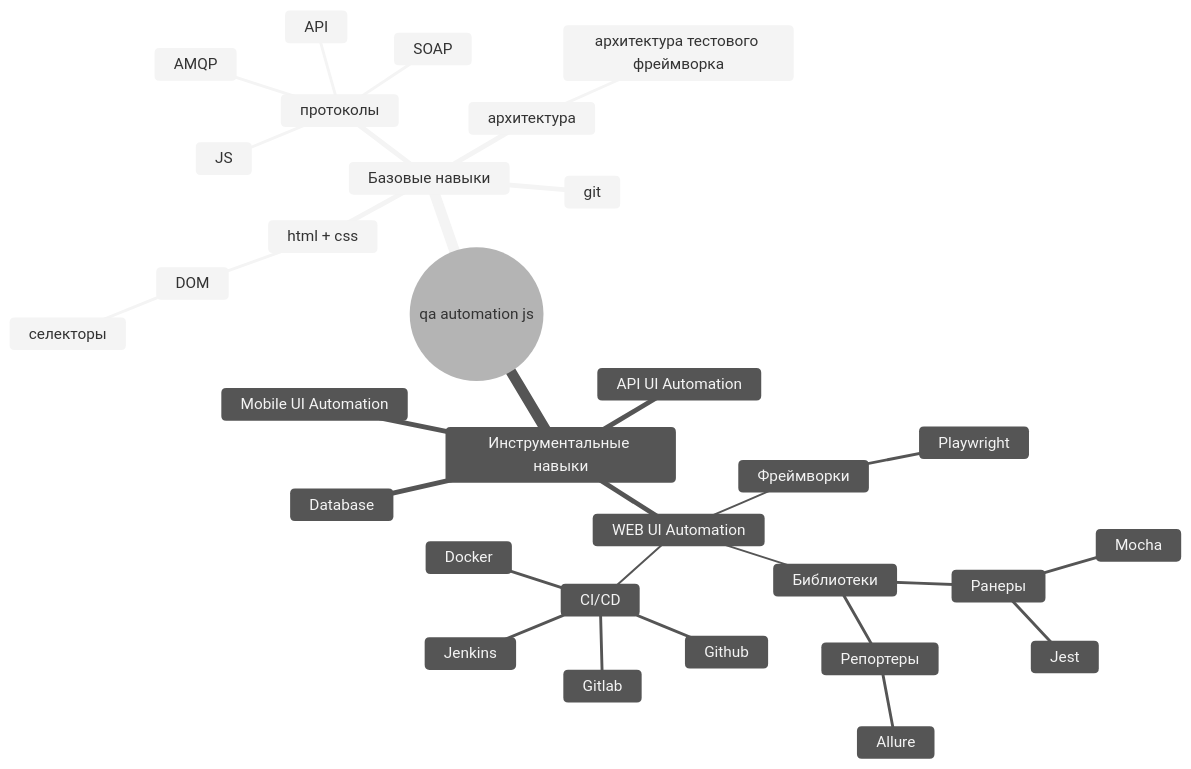
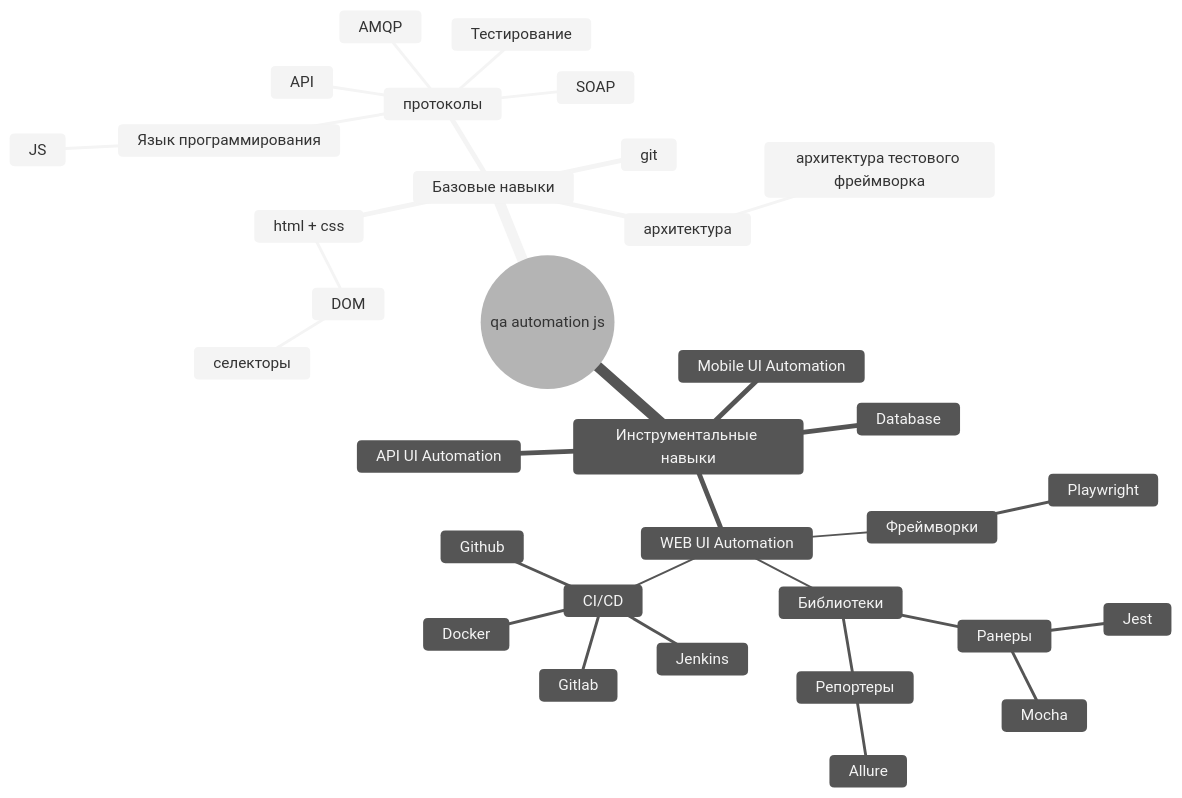
The diagram in README.md (mnmlsniper/qa-automation-js-roadmap), drawn with Mermaid before and after one commit. The commit also changed other lines of this file, not shown here.

````diff
--- a/README.md
+++ b/README.md
@@ -3,35 +8,37 @@
 ```mermaid
 %%{init: {'theme':'neutral'}}%%
 mindmap
   root((qa automation js))
     Базовые навыки
       html + css
         DOM
             селекторы
       git
       протоколы
         AMQP
         API
         SOAP
-       JS 
+       Язык программирования
+        JS 
+       Тестирование
       архитектура
         архитектура тестового фреймворка
     Инструментальные навыки
      API UI Automation
      Database
      Mobile UI Automation
      WEB UI Automation
       Фреймворки
        Playwright
       Библиотеки
         Ранеры
          Jest
          Mocha
        Репортеры
         Allure
       CI/CD
        Docker
        Github
        Gitlab
        Jenkins
 ```
````
